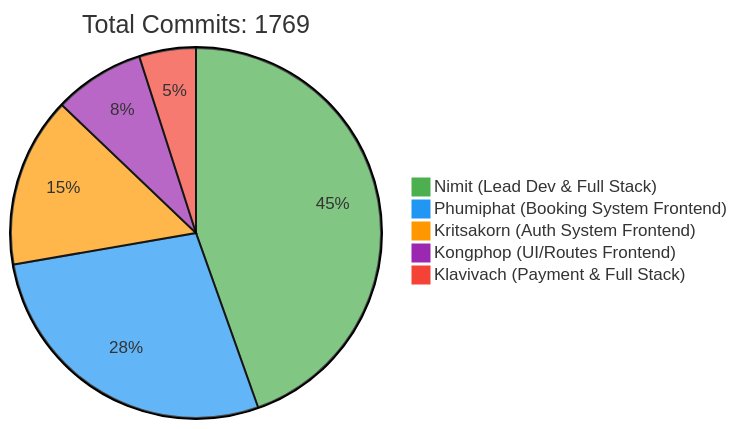
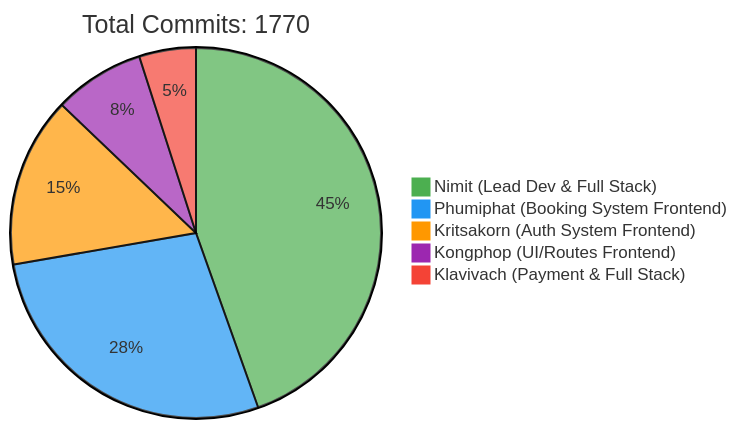
One commit to 6531503042/Sport-Complex changed the first of 2 diagrams in README.md. Above: the diagram before and after it, drawn with Mermaid. The commit also changed other lines of this file, not shown here.

Commit message:
docs: Update contributor statistics [skip ci]

````diff
--- a/README.md
+++ b/README.md
@@ -257,10 +257,10 @@
 ```mermaid
 %%{init: {'theme': 'base', 'themeVariables': { 'pie1': '#4CAF50', 'pie2': '#2196F3', 'pie3': '#FF9800', 'pie4': '#9C27B0', 'pie5': '#F44336'}}}%%
 pie
-    title Total Commits: 1769
+    title Total Commits: 1770
     "Nimit (Lead Dev & Full Stack)" : 450
     "Phumiphat (Booking System Frontend)" : 280
     "Kritsakorn (Auth System Frontend)" : 150
     "Kongphop (UI/Routes Frontend)" : 80
     "Klavivach (Payment & Full Stack)" : 50
 ```
````
